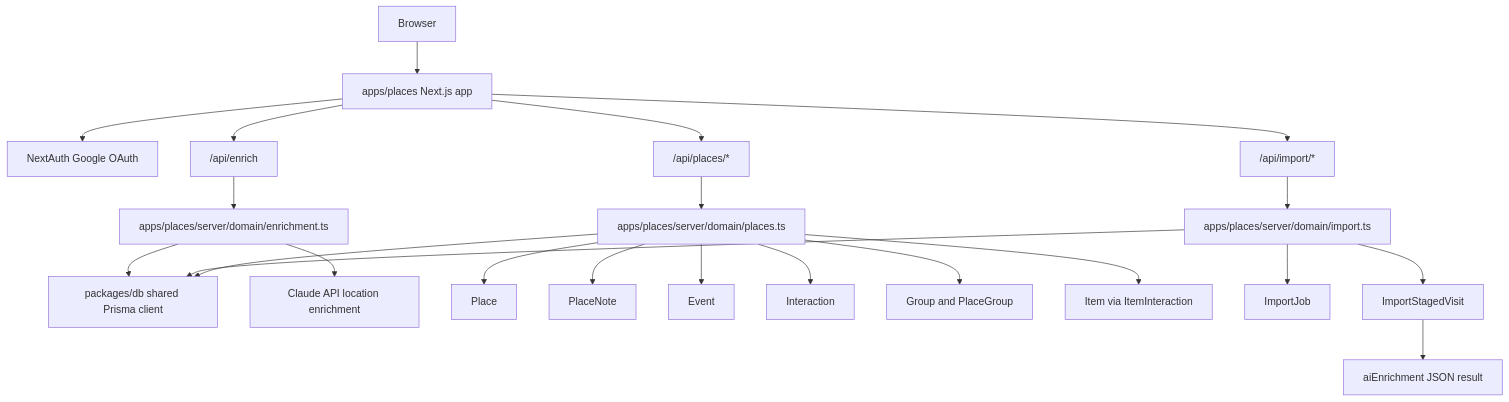
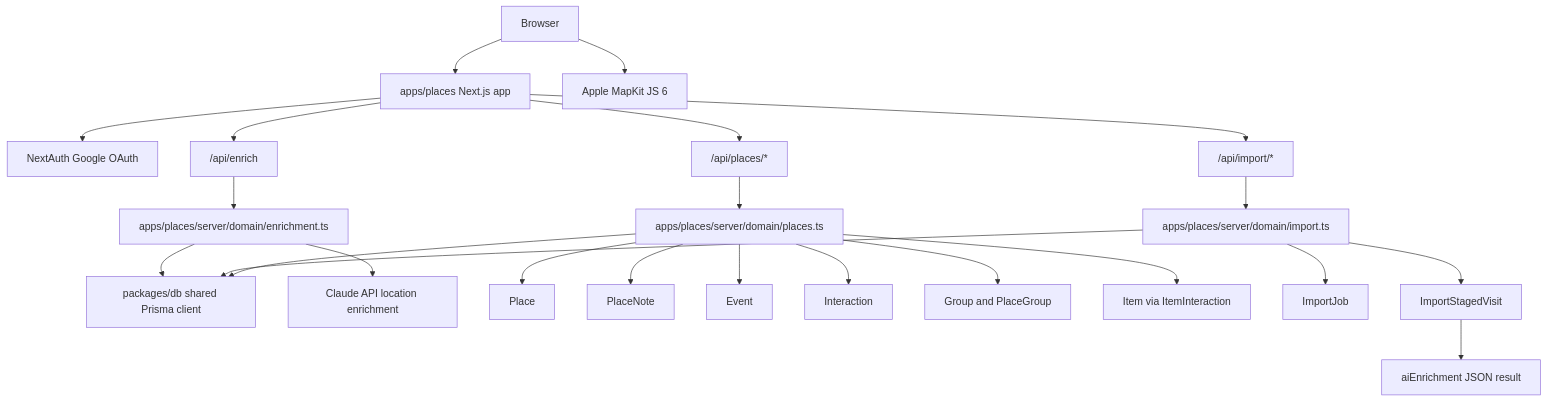
One commit to josephdfryer/life-os changed the first of 2 diagrams in docs/PLACES_ARCHITECTURE.md. Above: the diagram before and after it, drawn with Mermaid. The commit also changed other lines of this file and 11 other files, not shown here.

Commit message:
feat(places): replace custom map with Apple MapKit

````diff
--- a/docs/PLACES_ARCHITECTURE.md
+++ b/docs/PLACES_ARCHITECTURE.md
@@ -7,25 +7,26 @@
 ```mermaid
 flowchart TD
   Browser["Browser"] --> App["apps/places Next.js app"]
+  Browser --> MapKit["Apple MapKit JS 6"]
   App --> Auth["NextAuth Google OAuth"]
   App --> API["/api/places/*"]
   API --> Domain["apps/places/server/domain/places.ts"]
   App --> ImportAPI["/api/import/*"]
   ImportAPI --> ImportDomain["apps/places/server/domain/import.ts"]
   App --> EnrichAPI["/api/enrich"]
   EnrichAPI --> EnrichmentDomain["apps/places/server/domain/enrichment.ts"]
   Domain --> DB["packages/db shared Prisma client"]
   ImportDomain --> DB
   EnrichmentDomain --> Claude["Claude API location enrichment"]
   EnrichmentDomain --> DB
 
   Domain --> Place["Place"]
   Domain --> PlaceNote["PlaceNote"]
   Domain --> Event["Event"]
   Domain --> Interaction["Interaction"]
   Domain --> Group["Group and PlaceGroup"]
   Domain --> Item["Item via ItemInteraction"]
   ImportDomain --> ImportJob["ImportJob"]
   ImportDomain --> ImportStagedVisit["ImportStagedVisit"]
   ImportStagedVisit --> AI["aiEnrichment JSON result"]
 ```
````
